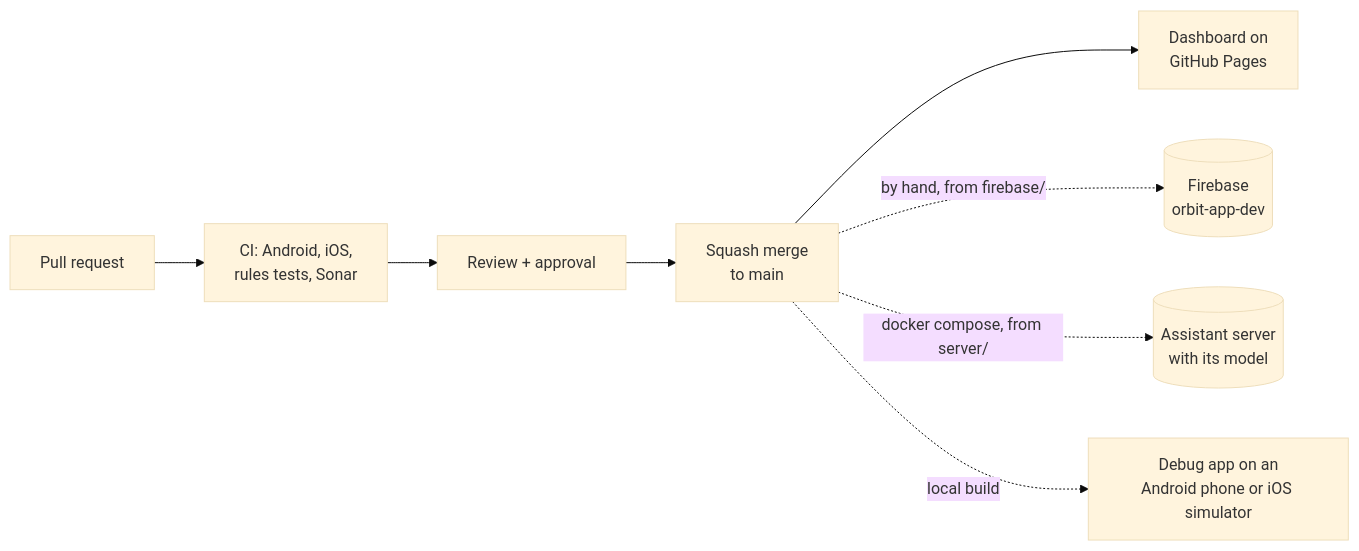
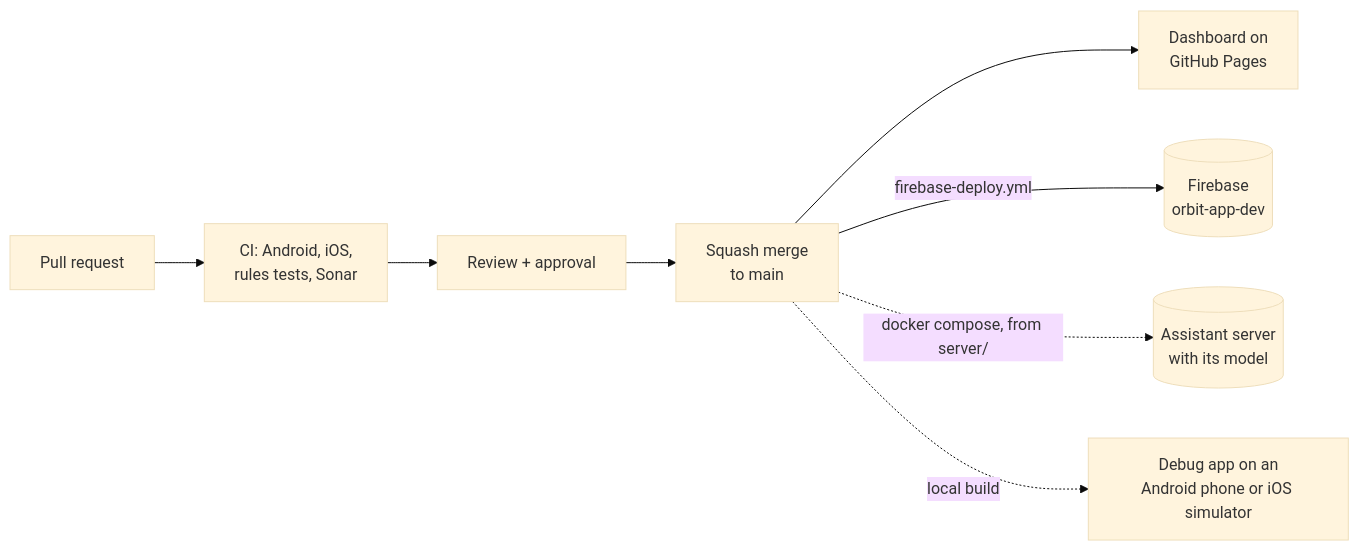
The diagram in docs/process/builds-and-deployment.md (Erkko68/orbit), drawn with Mermaid (base theme) before and after one commit. The commit also changed other lines of this file and 41 other files, not shown here.

````diff
--- a/docs/process/builds-and-deployment.md
+++ b/docs/process/builds-and-deployment.md
@@ -5,10 +5,10 @@
 ```mermaid
 flowchart LR
     pr["Pull request"] --> ci["CI: Android, iOS,<br/>rules tests, Sonar"]
     ci --> review["Review + approval"]
     review --> main["Squash merge<br/>to main"]
     main --> pages["Dashboard on<br/>GitHub Pages"]
-    main -. "by hand, from firebase/" .-> fb[("Firebase<br/>orbit-app-dev")]
+    main -- "firebase-deploy.yml" --> fb[("Firebase<br/>orbit-app-dev")]
     main -. "docker compose, from server/" .-> srv[("Assistant server<br/>with its model")]
     main -. "local build" .-> apps["Debug app on an<br/>Android phone or iOS simulator"]
 ```
````
